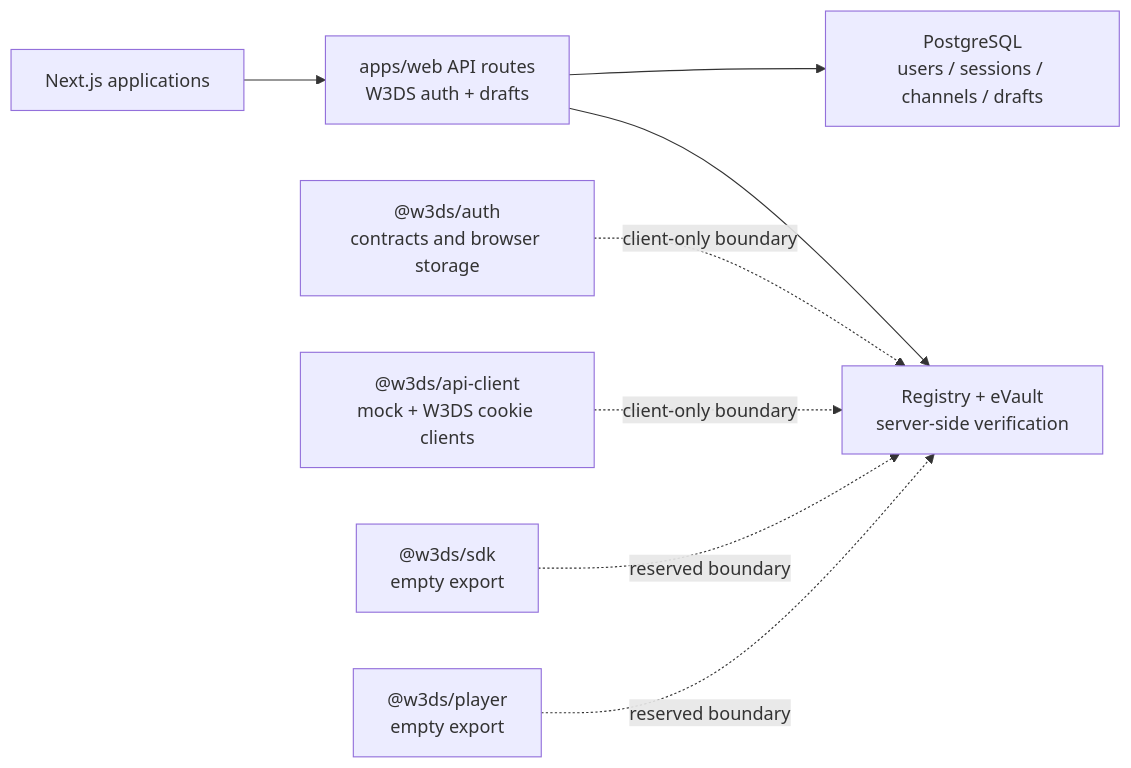
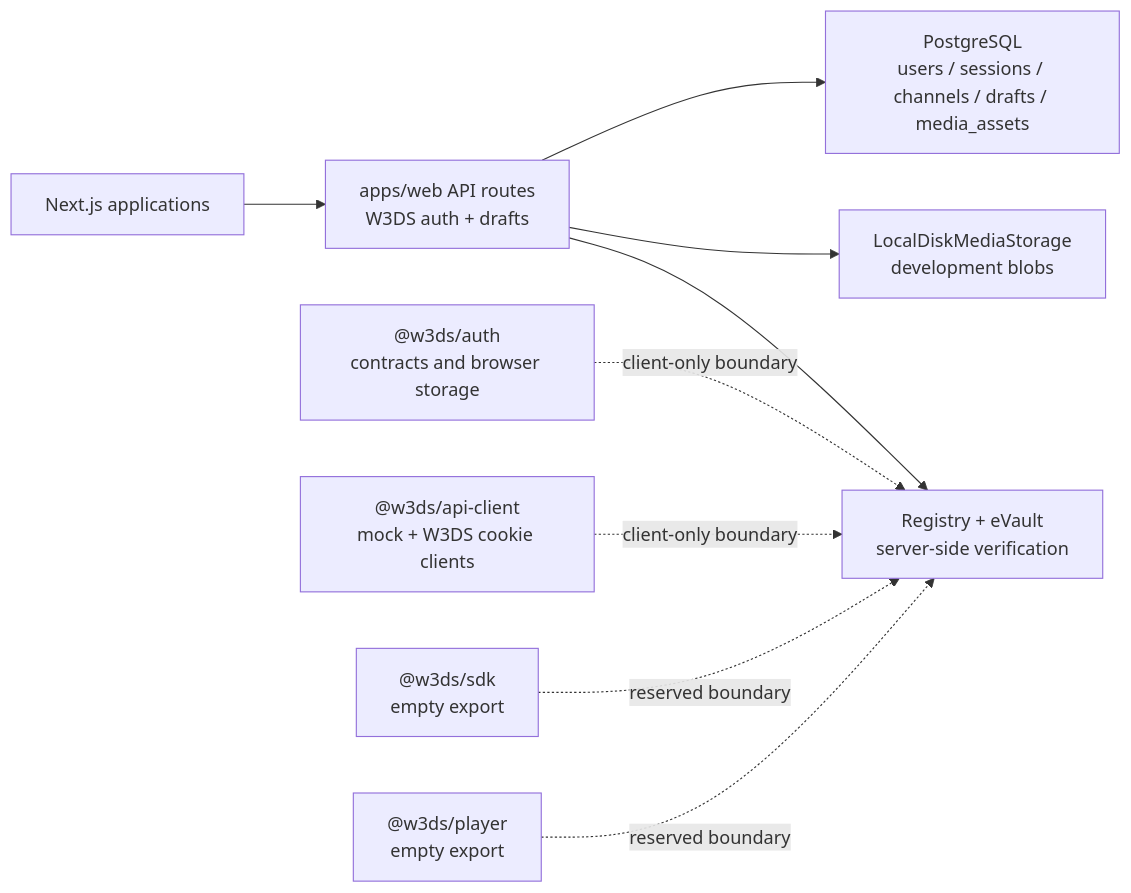
Before and after one commit to serobkhachatryan-cpu/vidak: the diagram in docs/backend.md, drawn with Mermaid. The commit also changed other lines of this file and 10 other files, not shown here.

Commit message:
feat(media): add durable media asset storage

````diff
--- a/docs/backend.md
+++ b/docs/backend.md
@@ -13,10 +15,11 @@
 ```mermaid
 flowchart LR
   Clients["Next.js applications"] --> Auth["apps/web API routes\nW3DS auth + drafts"]
-  Auth --> DB["PostgreSQL\nusers / sessions / channels / drafts"]
+  Auth --> DB["PostgreSQL\nusers / sessions / channels / drafts / media_assets"]
+  Auth --> Disk["LocalDiskMediaStorage\ndevelopment blobs"]
   Auth --> Platform["Registry + eVault\nserver-side verification"]
   Contracts["@w3ds/auth<br/>contracts and browser storage"] -. client-only boundary .-> Platform
   API["@w3ds/api-client<br/>mock + W3DS cookie clients"] -. client-only boundary .-> Platform
   SDK["@w3ds/sdk<br/>empty export"] -. reserved boundary .-> Platform
   Player["@w3ds/player<br/>empty export"] -. reserved boundary .-> Platform
 ```
````
